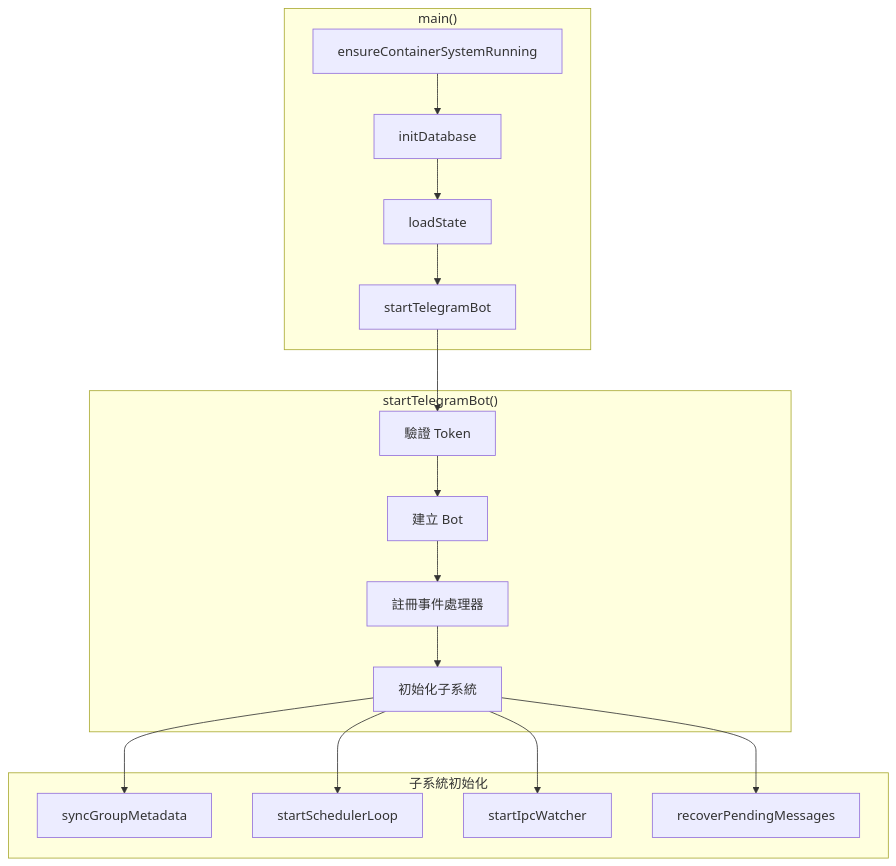
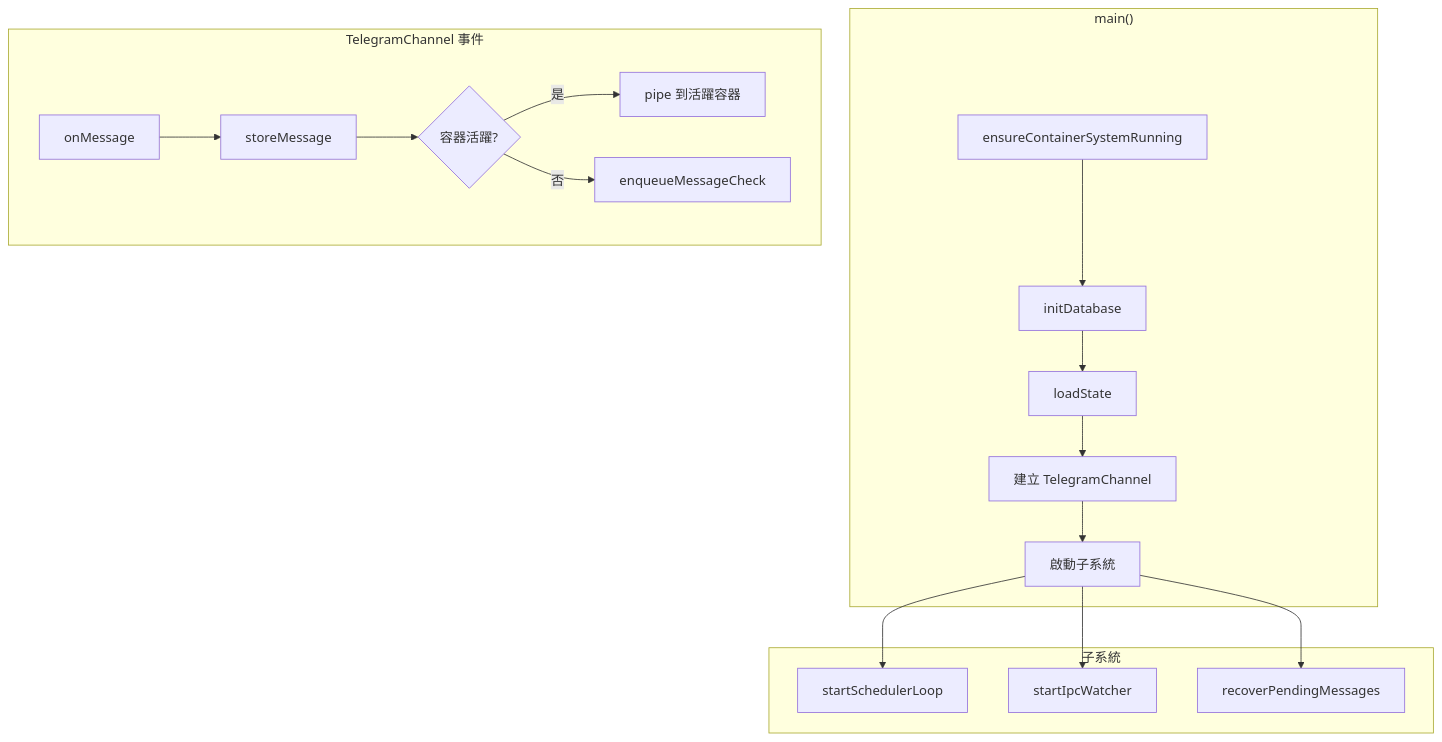
Before and after one commit to shunwork/nanoclaw: the fifth of 39 diagrams in tutorial/TUTORIAL.md, drawn with Mermaid. The commit also changed other lines of this file and 18 other files, not shown here.

````diff
--- a/tutorial/TUTORIAL.md
+++ b/tutorial/TUTORIAL.md
@@ -276,22 +279,22 @@
 ```mermaid
 graph TB
     subgraph "main()"
         A[ensureContainerSystemRunning] --> B[initDatabase]
         B --> C[loadState]
-        C --> D[startTelegramBot]
+        C --> D[建立 TelegramChannel]
+        D --> E[啟動子系統]
     end
 
-    subgraph "startTelegramBot()"
-        D --> E[驗證 Token]
-        E --> F[建立 Bot]
-        F --> G[註冊事件處理器]
-        G --> H[初始化子系統]
+    subgraph "TelegramChannel 事件"
+        F["onMessage"] --> G[storeMessage]
+        G --> H{容器活躍?}
+        H -->|是| I[pipe 到活躍容器]
+        H -->|否| J[enqueueMessageCheck]
     end
 
-    subgraph "子系統初始化"
-        H --> K[syncGroupMetadata]
-        H --> L[startSchedulerLoop]
-        H --> M[startIpcWatcher]
-        H --> N[recoverPendingMessages]
+    subgraph "子系統"
+        E --> K[startSchedulerLoop]
+        E --> L[startIpcWatcher]
+        E --> M[recoverPendingMessages]
     end
 ```
````
